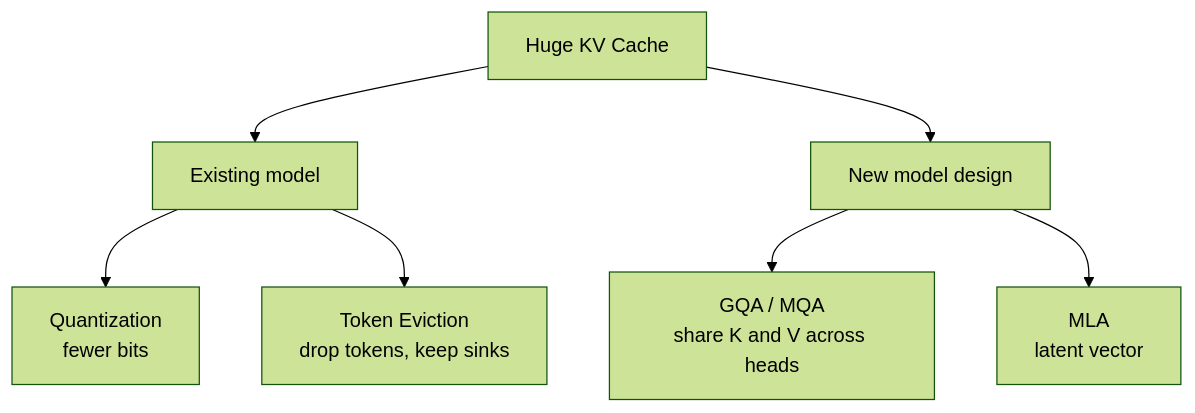
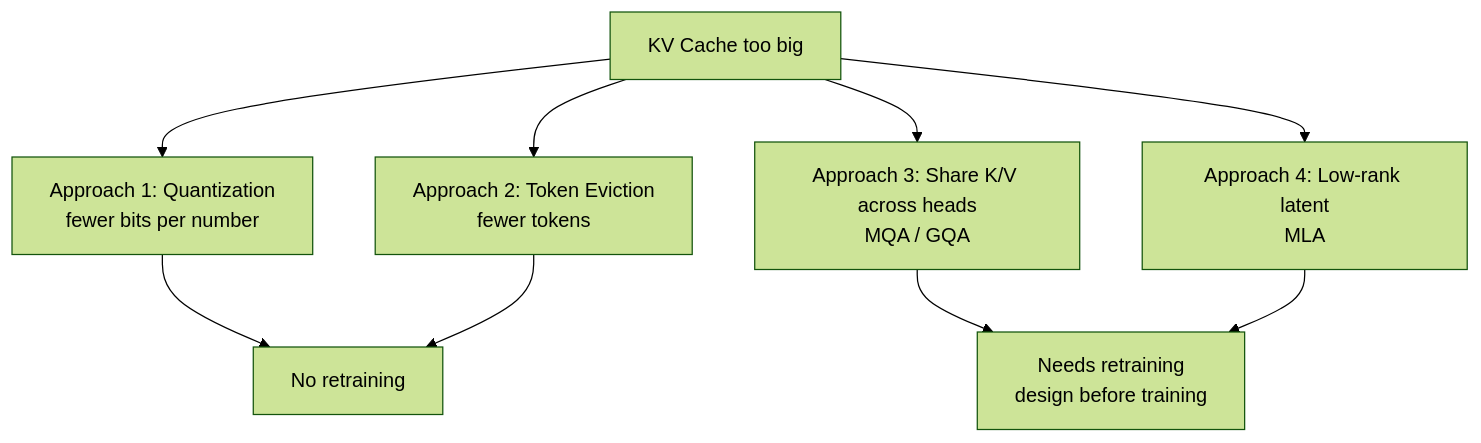
One commit to kaisarnajar/outcome-school-blogs changed the diagram in notes/step-12-llm-inference-engineering/150-kv-cache-compression.md. Above: the diagram before and after it, drawn with Mermaid (forest theme). The commit also changed other lines of this file and 233 other files, not shown here.

````diff
--- a/notes/step-12-llm-inference-engineering/150-kv-cache-compression.md
+++ b/notes/step-12-llm-inference-engineering/150-kv-cache-compression.md
@@ -40,9 +52,11 @@
 ```mermaid
 flowchart TD
-    A["Huge KV Cache"] --> B["Existing model"]
-    A --> C["New model design"]
-    B --> D["Quantization<br/>fewer bits"]
-    B --> E["Token Eviction<br/>drop tokens, keep sinks"]
-    C --> F["GQA / MQA<br/>share K and V across heads"]
-    C --> G["MLA<br/>latent vector"]
+    KC["KV Cache too big"] --> Q1["Approach 1: Quantization<br/>fewer bits per number"]
+    KC --> E1["Approach 2: Token Eviction<br/>fewer tokens"]
+    KC --> H1["Approach 3: Share K/V across heads<br/>MQA / GQA"]
+    KC --> L1["Approach 4: Low-rank latent<br/>MLA"]
+    Q1 --> NR["No retraining"]
+    E1 --> NR
+    H1 --> RT["Needs retraining<br/>design before training"]
+    L1 --> RT
 ```
````
